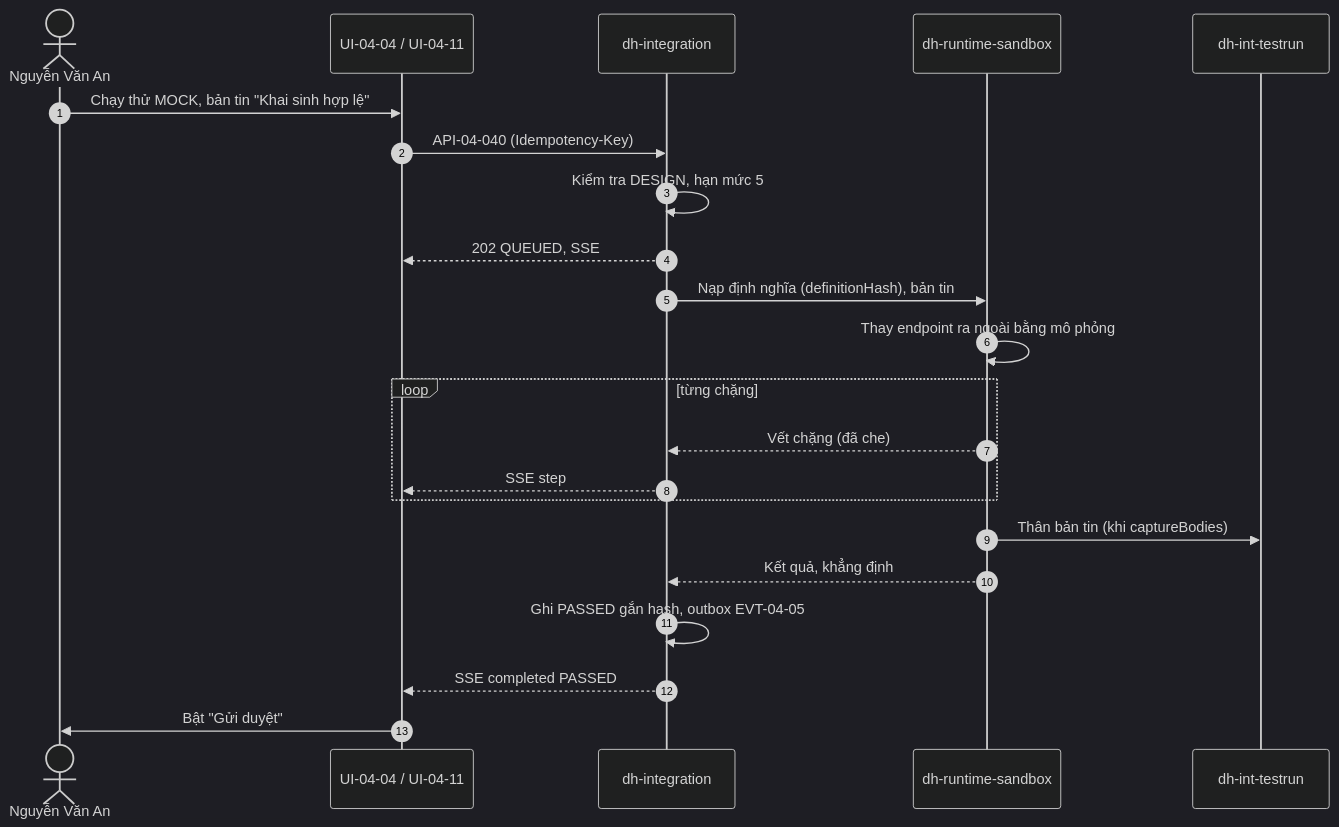
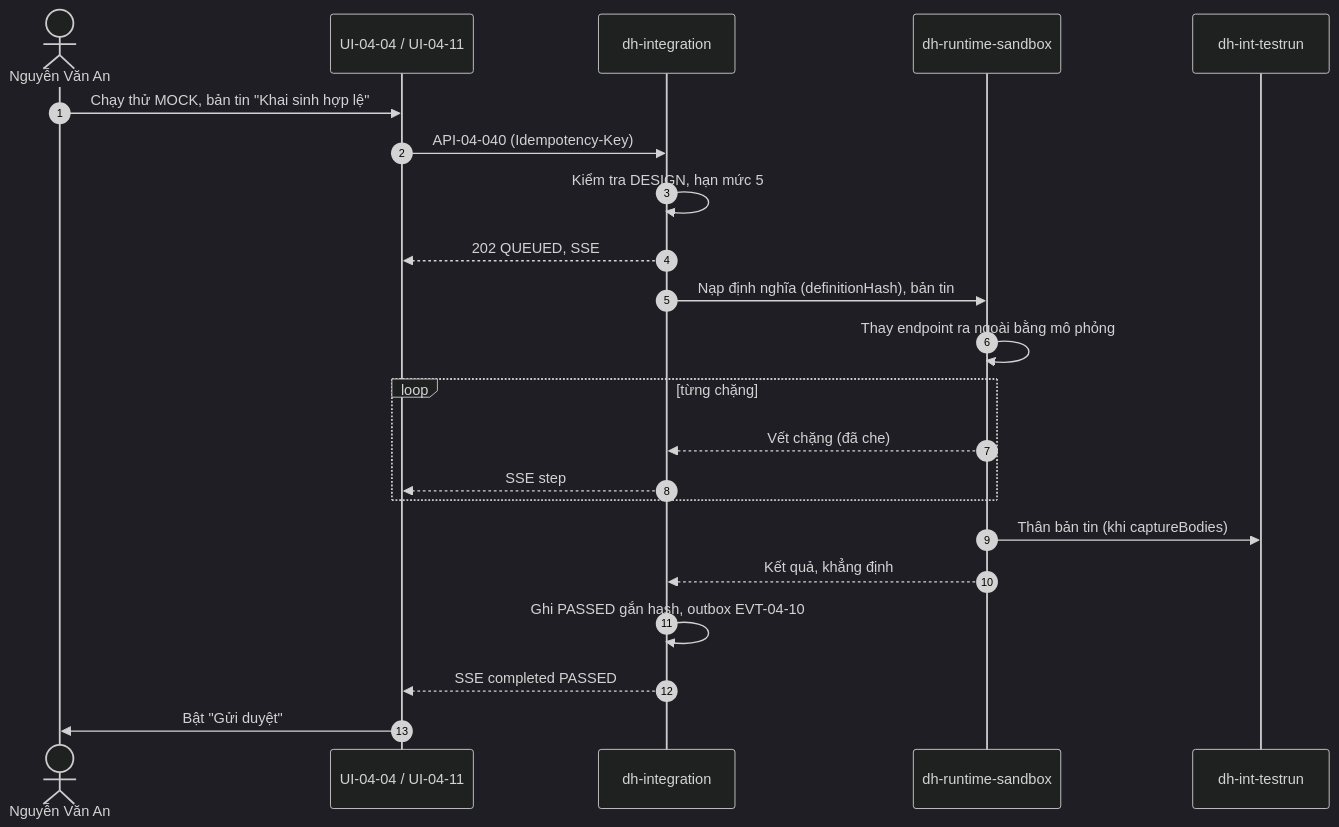
Before and after one commit to caprocute/DATAHUB: the third of 7 diagrams in datahub-docs/02-yeu-cau/use-case/D02-04-PH04-use-case-tich-hop.md, drawn with Mermaid (dark theme). The commit also changed other lines of this file, not shown here.

First line of the commit message:
docs(PH-04): use case khớp mã sự kiện EVT-04 của FRS

````diff
--- a/datahub-docs/02-yeu-cau/use-case/D02-04-PH04-use-case-tich-hop.md
+++ b/datahub-docs/02-yeu-cau/use-case/D02-04-PH04-use-case-tich-hop.md
@@ -601,24 +601,24 @@
 ```mermaid
 sequenceDiagram
     autonumber
     actor IE as Nguyễn Văn An
     participant UI as UI-04-04 / UI-04-11
     participant INT as dh-integration
     participant SB as dh-runtime-sandbox
     participant S3 as dh-int-testrun
     IE->>UI: Chạy thử MOCK, bản tin "Khai sinh hợp lệ"
     UI->>INT: API-04-040 (Idempotency-Key)
     INT->>INT: Kiểm tra DESIGN, hạn mức 5
     INT-->>UI: 202 QUEUED, SSE
     INT->>SB: Nạp định nghĩa (definitionHash), bản tin
     SB->>SB: Thay endpoint ra ngoài bằng mô phỏng
     loop từng chặng
         SB-->>INT: Vết chặng (đã che)
         INT-->>UI: SSE step
     end
     SB->>S3: Thân bản tin (khi captureBodies)
     SB-->>INT: Kết quả, khẳng định
-    INT->>INT: Ghi PASSED gắn hash, outbox EVT-04-05
+    INT->>INT: Ghi PASSED gắn hash, outbox EVT-04-10
     INT-->>UI: SSE completed PASSED
     UI->>IE: Bật "Gửi duyệt"
 ```
````
